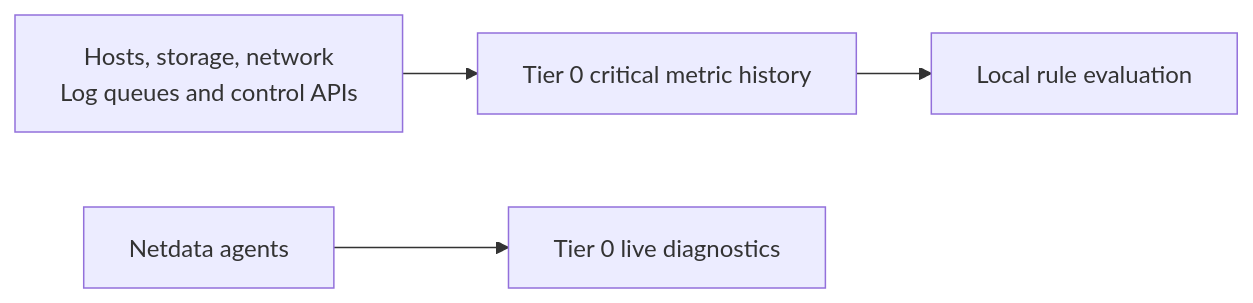
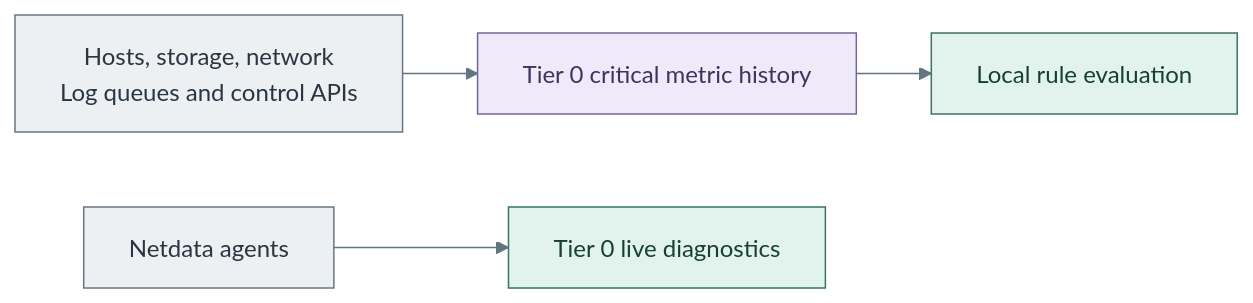
Before and after one commit to Rexus/homelab: the second of 3 diagrams in docs/deployment/stage-4-control-services/monitoring.md, drawn with Mermaid. The commit also changed other lines of this file and 49 other files, not shown here.

Commit message:
docs(diagrams): clarify tier layouts and visual styles

````diff
--- a/docs/deployment/stage-4-control-services/monitoring.md
+++ b/docs/deployment/stage-4-control-services/monitoring.md
@@ -42,6 +50,14 @@
 ```mermaid
+%%{init: {"theme":"base","themeVariables":{"lineColor":"#627581","edgeLabelBackground":"#f8fafc"}}}%%
 flowchart LR
   Sources["Hosts, storage, network<br/>Log queues and control APIs"] --> Metrics["Tier 0 critical metric history"]
   Agents["Netdata agents"] --> Parent["Tier 0 live diagnostics"]
   Metrics --> Rules["Local rule evaluation"]
+  classDef default fill:#f8fafc,stroke:#64748b,color:#1f2937
+  classDef actor fill:#edf0f3,stroke:#697682,color:#293642
+  classDef data fill:#eeeafa,stroke:#78639b,color:#42325d
+  classDef control fill:#e2f3ed,stroke:#397366,color:#173f36
+  class Sources,Agents actor
+  class Metrics data
+  class Parent,Rules control
 ```
````
